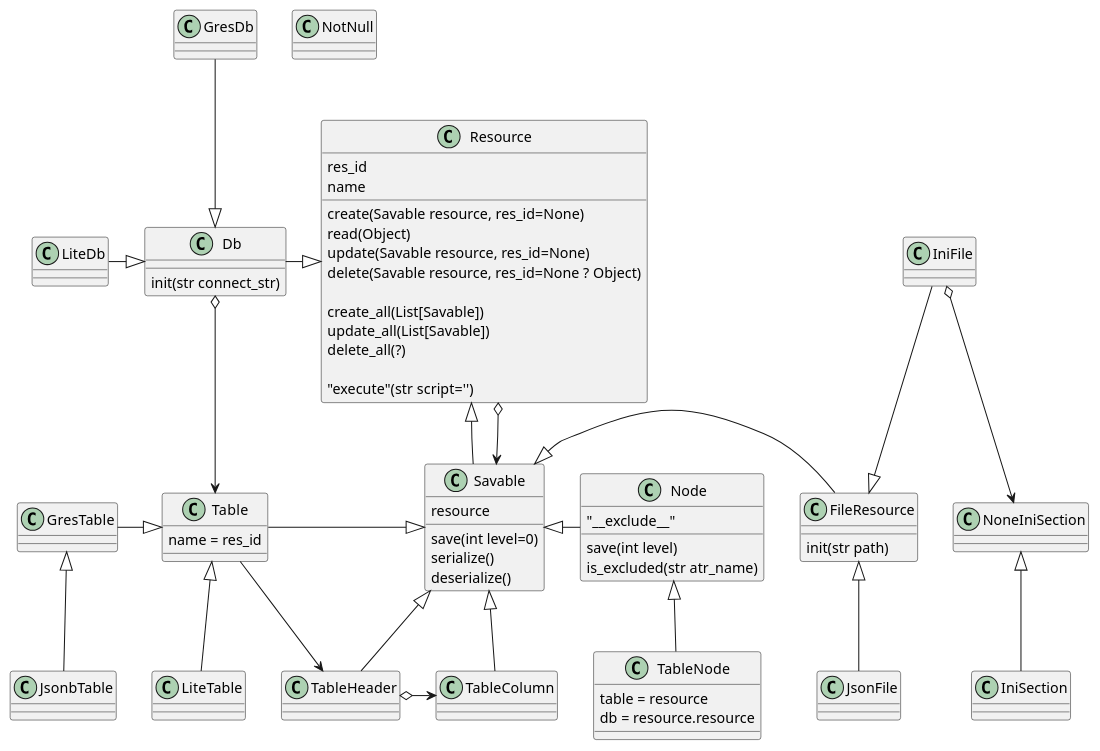
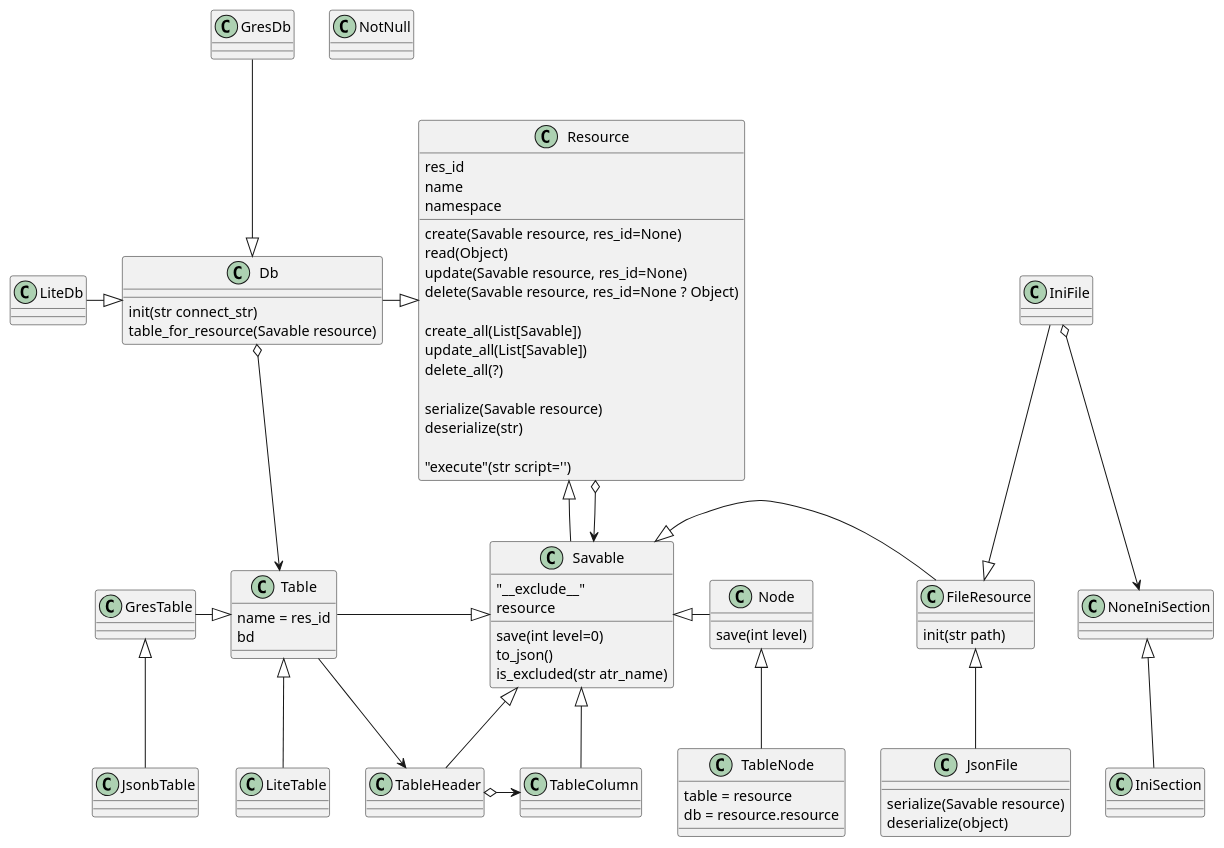
Before and after one commit to nagvalhm/epure: the diagram in uml/resource.wsd, drawn with PlantUML. The commit also changed 14 other files, not shown here.

```diff
--- a/uml/resource.wsd
+++ b/uml/resource.wsd
@@ -1,85 +1,93 @@
 class Resource{    
     create(Savable resource, res_id=None)
     read(Object)
     update(Savable resource, res_id=None)
     delete(Savable resource, res_id=None ? Object)
 
     create_all(List[Savable])
     update_all(List[Savable])
     delete_all(?)
+
+    serialize(Savable resource)
+    deserialize(str)
     
     "execute"(str script='')
     res_id
     name
+    namespace
 }
 
 
 class Db{
     init(str connect_str)
+    table_for_resource(Savable resource)
 }
 
 class GresDb{}
 class LiteDb{}
 
-class Savable{    
+class Savable{
+    "__exclude__"
     resource
     save(int level=0)
-    serialize()
-    deserialize()    
+    to_json()
+    is_excluded(str atr_name)
 }
 
 class Table{
     name = res_id
+    bd
 }
 
 class GresTable{}
 class JsonbTable{}
 class LiteTable{}
 
 class TableHeader{}
 class TableColumn{}
 class NotNull{}
 
 class FileResource{
     init(str path)
 }
 
 class IniFile{}
 class IniSection{}
 class NoneIniSection{}
-class JsonFile{}
+class JsonFile{
+    serialize(Savable resource)
+    deserialize(object)
+}
 
-class Node{
-    "__exclude__"
-    save(int level)
-    is_excluded(str atr_name)
+class Node{    
+    save(int level)    
 }
 
 class TableNode{
     table = resource
     db = resource.resource
 }
 
 
 
 Resource <|-left- Db
     Db <|-up- GresDb
     Db <|-left- LiteDb
     Db o-down-> Table
 Resource <|-- Savable
 Resource o--> Savable
     Savable <|-right- FileResource
         FileResource <|-up- IniFile
             IniFile o--> NoneIniSection
                 NoneIniSection <|-- IniSection
         FileResource <|-- JsonFile
     Savable <|-left- Table
         Table <|-left- GresTable
             GresTable <|-- JsonbTable
         Table <|-- LiteTable
         Table --> TableHeader
     Savable <|-right- Node
         Node <|-- TableNode
     Savable <|-- TableHeader
         TableHeader o-right-> TableColumn
     Savable <|-- TableColumn
```
